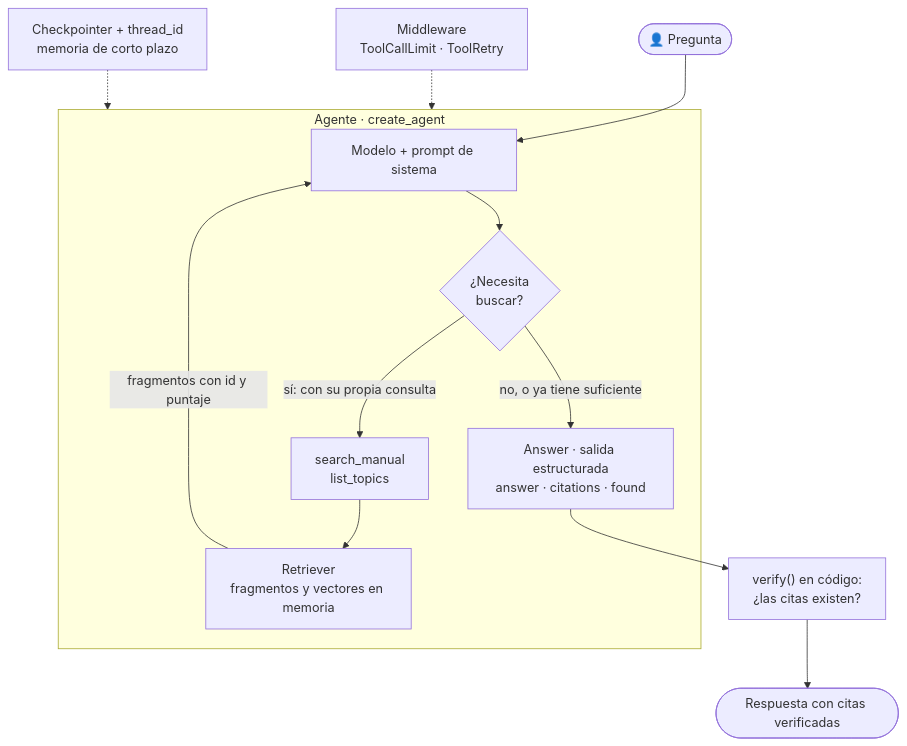
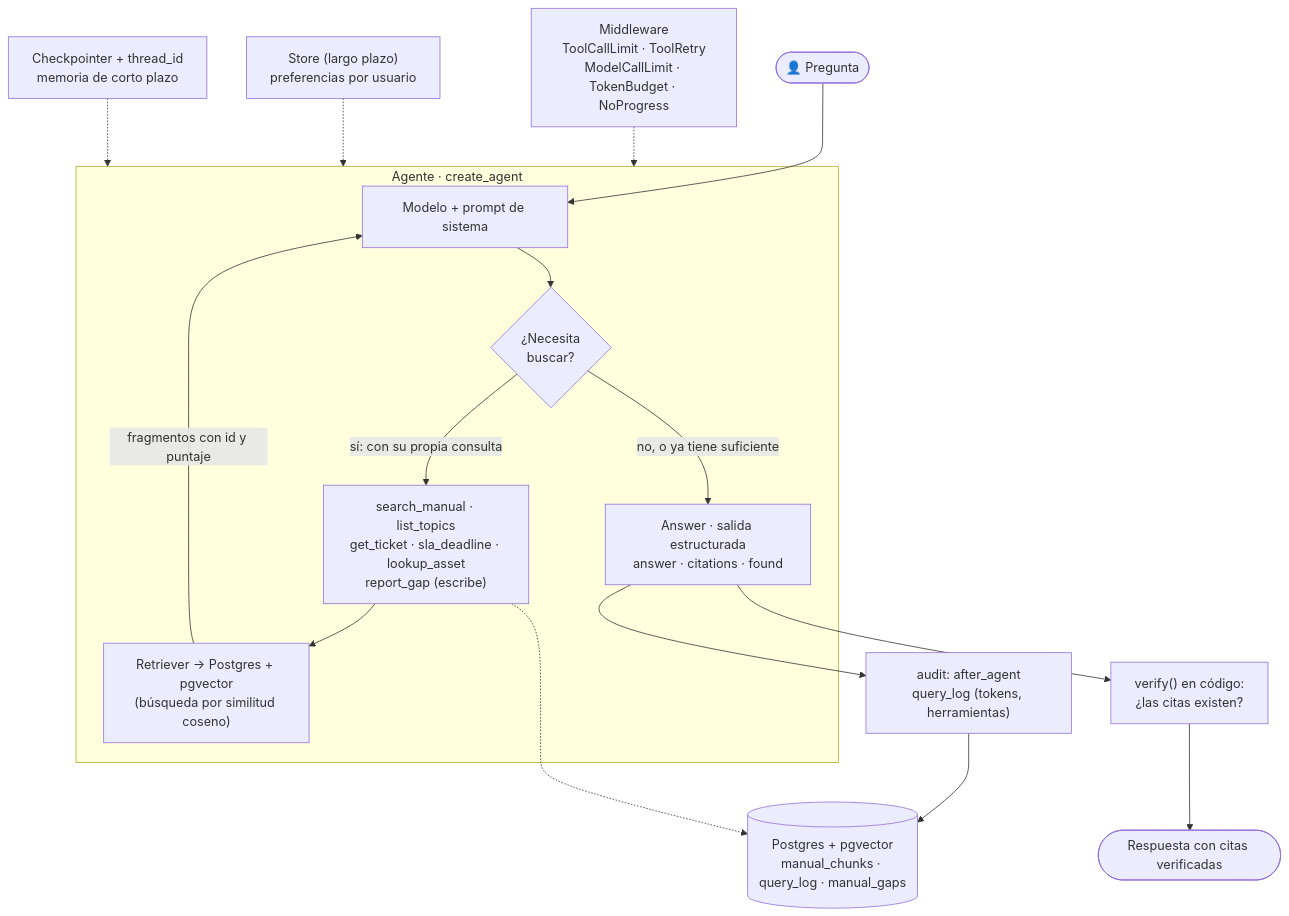
One commit to OscarLlamas6/ai-agents-playground changed the second of 2 diagrams in langchain-agentic-rag/README.md. Above: the diagram before and after it, drawn with Mermaid. The commit also changed other lines of this file and 180 other files, not shown here.

````diff
--- a/langchain-agentic-rag/README.md
+++ b/langchain-agentic-rag/README.md
@@ -19,15 +33,19 @@
 ```mermaid
 flowchart TB
     U(["👤 Pregunta"]) --> M
     subgraph AG["Agente · create_agent"]
         M["Modelo + prompt de sistema"] --> D{"¿Necesita<br/>buscar?"}
-        D -->|"sí: con su propia consulta"| S["search_manual<br/>list_topics"]
-        S --> R["Retriever<br/>fragmentos y vectores en memoria"]
+        D -->|"sí: con su propia consulta"| S["search_manual · list_topics<br/>get_ticket · sla_deadline · lookup_asset<br/>report_gap (escribe)"]
+        S --> R["Retriever → Postgres + pgvector<br/>(búsqueda por similitud coseno)"]
         R -->|"fragmentos con id y puntaje"| M
         D -->|"no, o ya tiene suficiente"| A["Answer · salida estructurada<br/>answer · citations · found"]
     end
-    MW["Middleware<br/>ToolCallLimit · ToolRetry"] -.-> AG
+    MW["Middleware<br/>ToolCallLimit · ToolRetry<br/>ModelCallLimit · TokenBudget · NoProgress"] -.-> AG
+    ST["Store (largo plazo)<br/>preferencias por usuario"] -.-> AG
     CP["Checkpointer + thread_id<br/>memoria de corto plazo"] -.-> AG
+    A --> LOG["audit: after_agent<br/>query_log (tokens, herramientas)"]
+    LOG --> DB[("Postgres + pgvector<br/>manual_chunks · query_log · manual_gaps")]
+    S -.-> DB
     A --> V["verify() en código:<br/>¿las citas existen?"]
     V --> OUT(["Respuesta con citas verificadas"])
 ```
````
